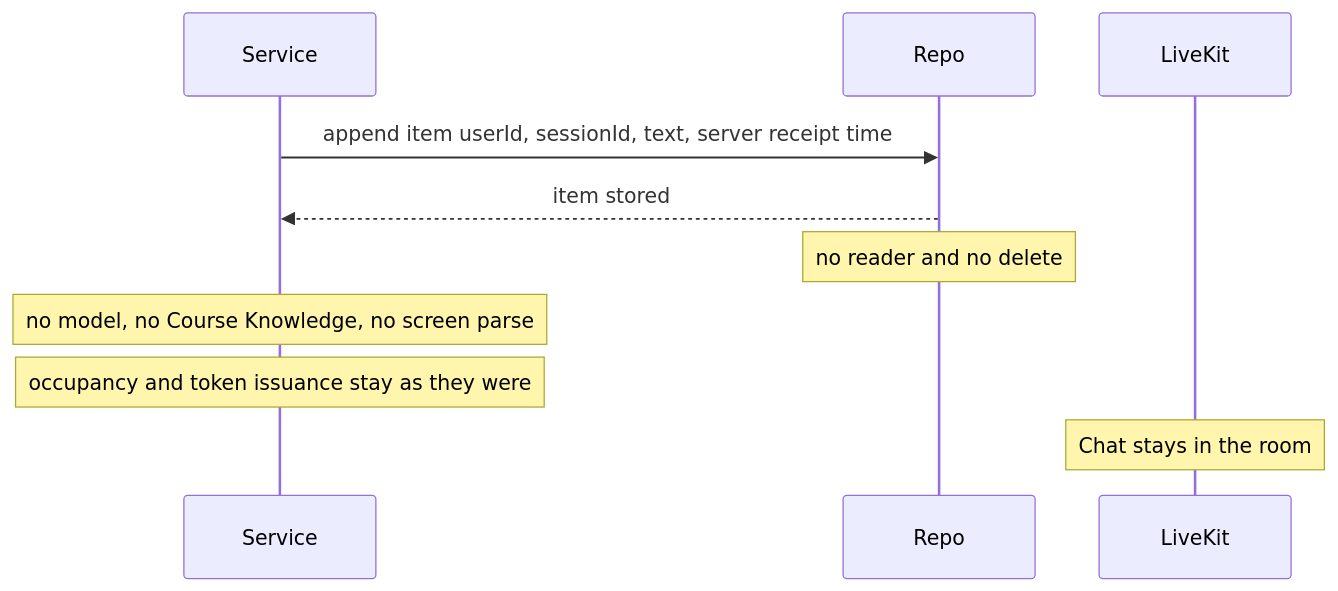
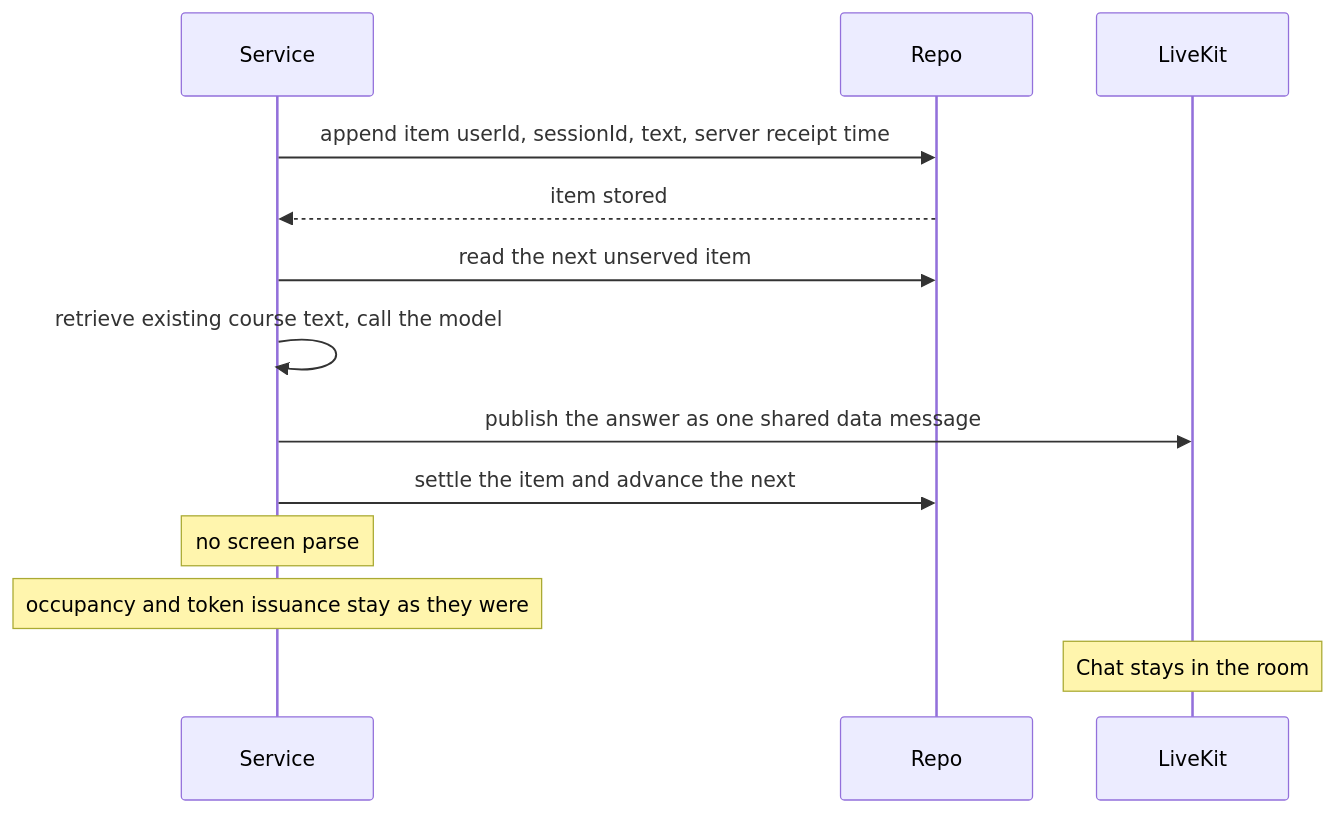
Before and after one commit to First-Light-TechHK/LearningGuidePortal: the fifth of 6 diagrams in docs/phase1/study-group/study-group-uml.md, drawn with Mermaid. The commit also changed other lines of this file and 7 other files, not shown here.

````diff
--- a/docs/phase1/study-group/study-group-uml.md
+++ b/docs/phase1/study-group/study-group-uml.md
@@ -195,12 +194,15 @@
 ```mermaid
 sequenceDiagram
   participant Service
   participant Repo
   participant LiveKit
   Service->>Repo: append item userId, sessionId, text, server receipt time
   Repo-->>Service: item stored
-  Note over Repo: no reader and no delete
-  Note over Service: no model, no Course Knowledge, no screen parse
+  Service->>Repo: read the next unserved item
+  Service->>Service: retrieve existing course text, call the model
+  Service->>LiveKit: publish the answer as one shared data message
+  Service->>Repo: settle the item and advance the next
+  Note over Service: no screen parse
   Note over Service: occupancy and token issuance stay as they were
   Note over LiveKit: Chat stays in the room
 ```
````
